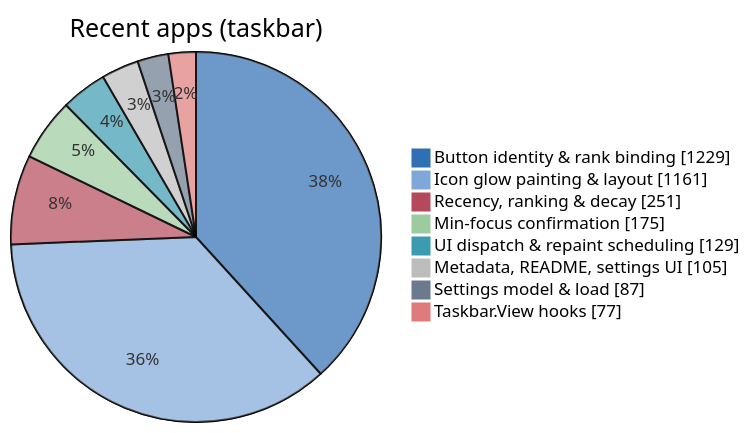
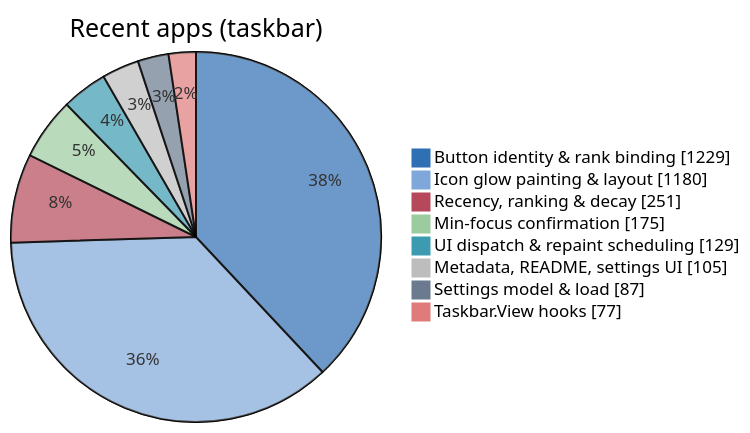
Before and after one commit to jvlasek/taskbar-recent-focus-highlight: the third of 5 diagrams in doc/code/code-breakdown.md, drawn with Mermaid. The commit also changed other lines of this file and 8 other files, not shown here.

````diff
--- a/doc/code/code-breakdown.md
+++ b/doc/code/code-breakdown.md
@@ -119,12 +119,12 @@
 ```mermaid
 %%{init: {"themeVariables": {"pie1": "#2F6FB3", "pie2": "#7FA7D9", "pie3": "#B5495B", "pie4": "#9CCB9F", "pie5": "#3C9BB0", "pie6": "#BDBDBD", "pie7": "#6B7A8F", "pie8": "#E07B7B", "pieOuterStrokeWidth": "1px"}}}%%
 pie showData title Recent apps (taskbar)
     "Button identity & rank binding" : 1229
-    "Icon glow painting & layout" : 1161
+    "Icon glow painting & layout" : 1180
     "Recency, ranking & decay" : 251
     "Min-focus confirmation" : 175
     "UI dispatch & repaint scheduling" : 129
     "Metadata, README, settings UI" : 105
     "Settings model & load" : 87
     "Taskbar.View hooks" : 77
 ```
````
